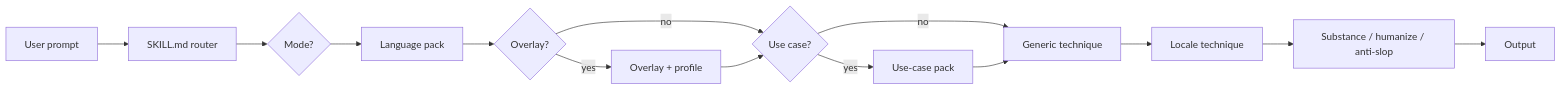
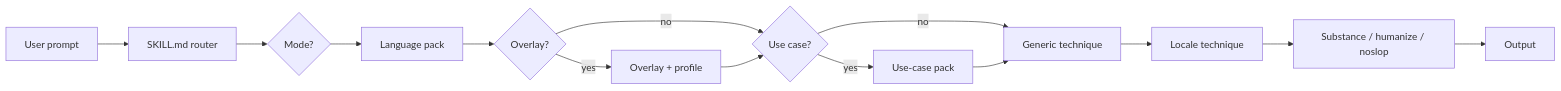
Before and after one commit to pahlevikun/polyglot-copywriter: the first of 2 diagrams in README.md, drawn with Mermaid. The commit also changed other lines of this file and 27 other files, not shown here.

````diff
--- a/README.md
+++ b/README.md
@@ -428,16 +449,16 @@
 ```mermaid
 flowchart LR
     prompt["User prompt"] --> router["SKILL.md router"]
     router --> modeQ{"Mode?"}
     modeQ --> langPack["Language pack"]
     langPack --> overlayQ{"Overlay?"}
     overlayQ -->|yes| overlayPack["Overlay + profile"]
     overlayQ -->|no| usecaseQ{"Use case?"}
     overlayPack --> usecaseQ
     usecaseQ -->|yes| usecasePack["Use-case pack"]
     usecaseQ -->|no| genericTech["Generic technique"]
     usecasePack --> genericTech
     genericTech --> localeTech["Locale technique"]
-    localeTech --> pipeline["Substance / humanize / anti-slop"]
+    localeTech --> pipeline["Substance / humanize / noslop"]
     pipeline --> output["Output"]
 ```
````
